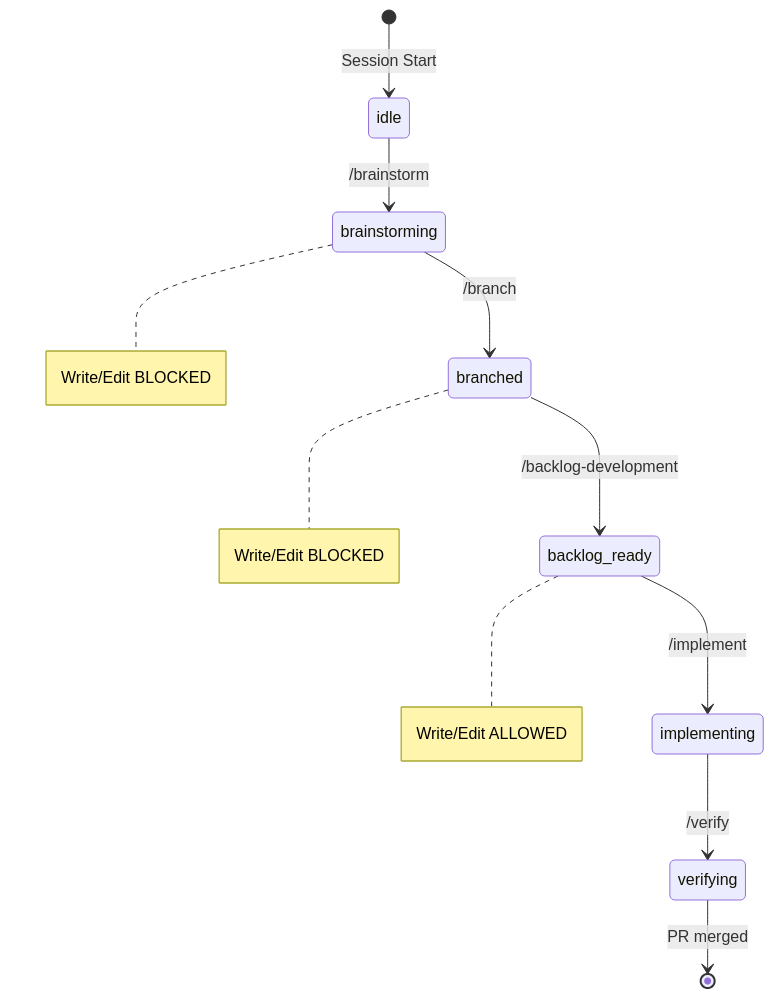
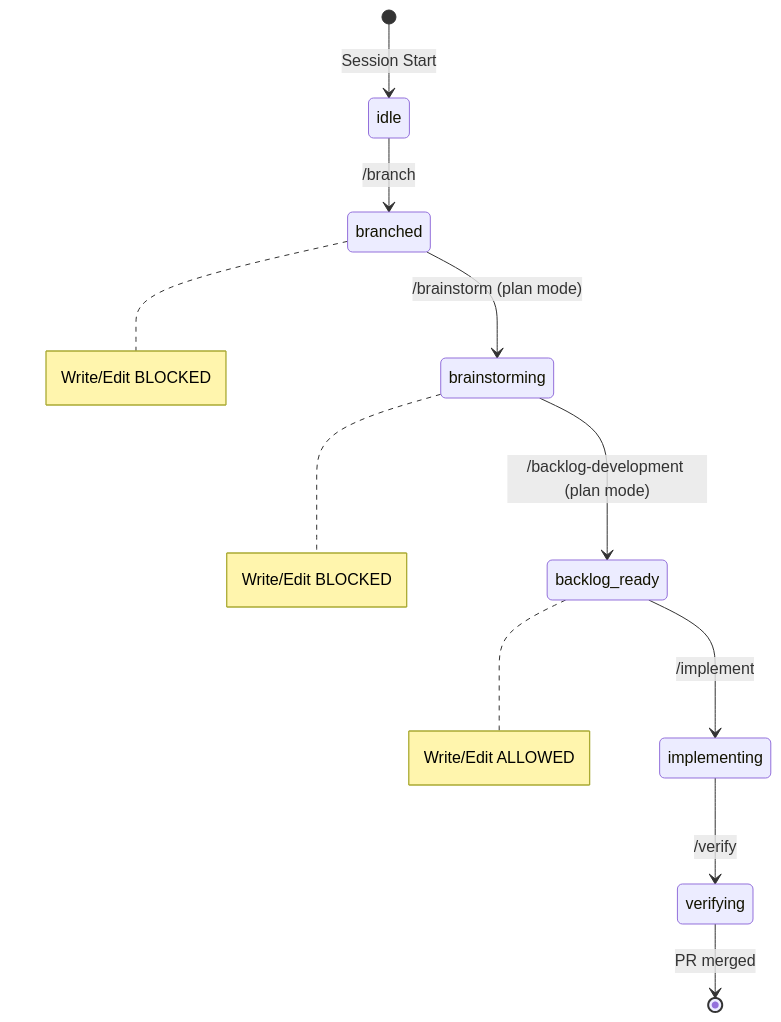
One commit to petersontylerd/cc-workflow-ecosystem changed the diagram in docs/workflow-guides/README.md. Above: the diagram before and after it, drawn with Mermaid. The commit also changed other lines of this file and 20 other files, not shown here.

First line of the commit message:
docs: simplify brainstorming flow and fix phase ordering

````diff
--- a/docs/workflow-guides/README.md
+++ b/docs/workflow-guides/README.md
@@ -20,14 +19,14 @@
 ```mermaid
 stateDiagram-v2
     [*] --> idle : Session Start
-    idle --> brainstorming : /brainstorm
-    brainstorming --> branched : /branch
-    branched --> backlog_ready : /backlog-development
+    idle --> branched : /branch
+    branched --> brainstorming : /brainstorm (plan mode)
+    brainstorming --> backlog_ready : /backlog-development (plan mode)
     backlog_ready --> implementing : /implement
     implementing --> verifying : /verify
     verifying --> [*] : PR merged
 
+    note right of branched : Write/Edit BLOCKED
     note right of brainstorming : Write/Edit BLOCKED
-    note right of branched : Write/Edit BLOCKED
     note right of backlog_ready : Write/Edit ALLOWED
 ```
````
